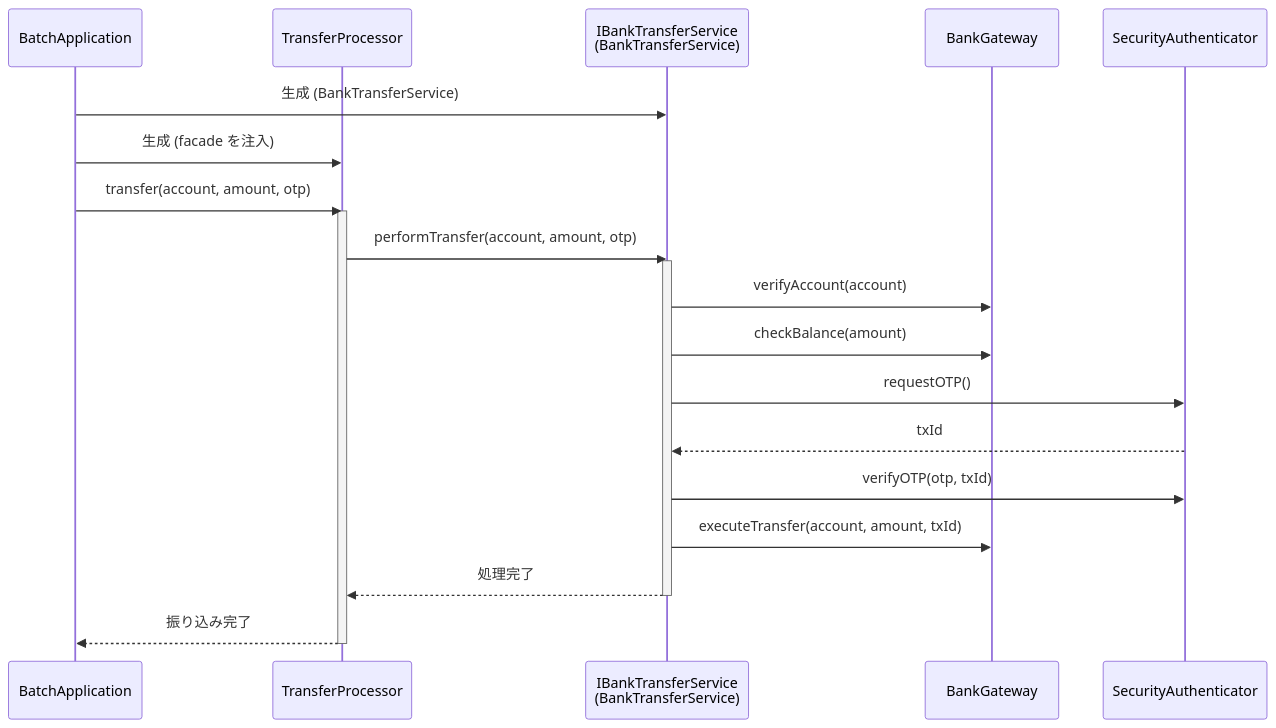
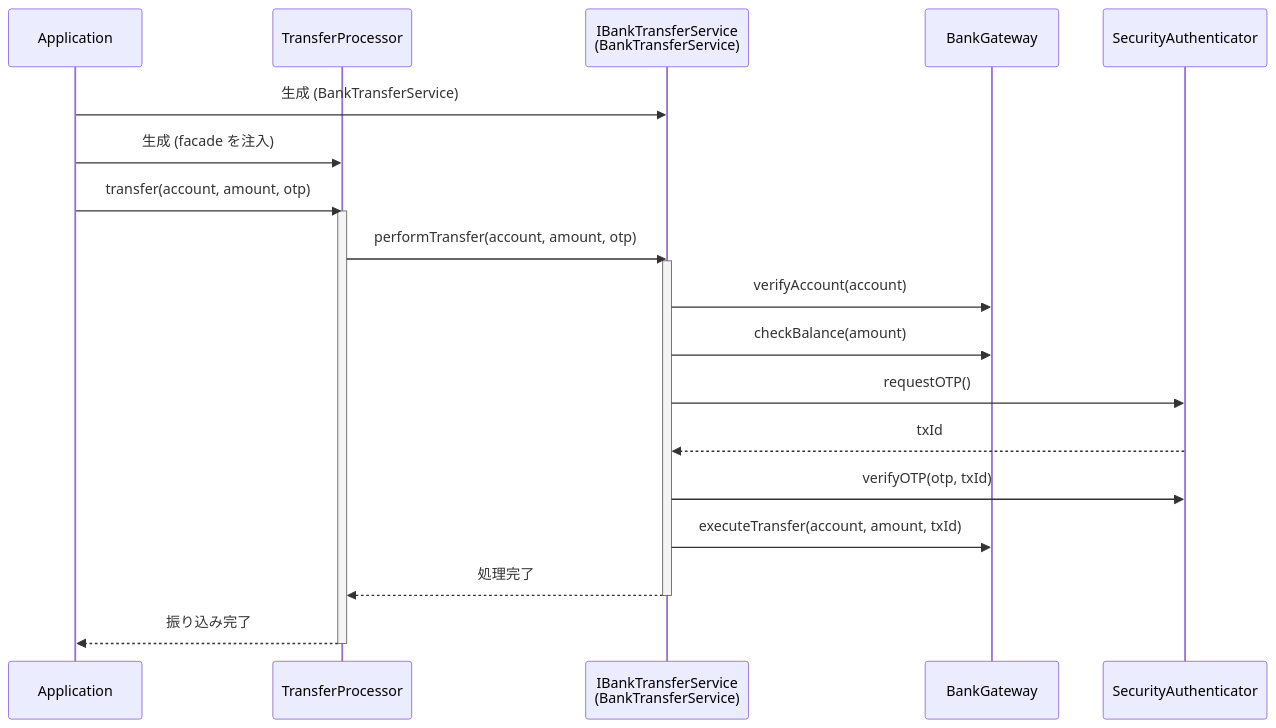
The third of 5 diagrams in kindle/design-patterns/output/chapter02.md (kumachan1101-pixel/DesignPattern), drawn with Mermaid before and after one commit. The commit also changed other lines of this file and 4 other files, not shown here.

````diff
--- a/kindle/design-patterns/output/chapter02.md
+++ b/kindle/design-patterns/output/chapter02.md
@@ -1038,25 +996,25 @@
 ```mermaid
 sequenceDiagram
-    participant B as BatchApplication
+    participant App as Application
     participant T as TransferProcessor
     participant F as IBankTransferService<br/>(BankTransferService)
     participant G as BankGateway
     participant A as SecurityAuthenticator
 
-    B->>F: 生成 (BankTransferService)
-    B->>T: 生成 (facade を注入)
-    B->>T: transfer(account, amount, otp)
+    App->>F: 生成 (BankTransferService)
+    App->>T: 生成 (facade を注入)
+    App->>T: transfer(account, amount, otp)
     activate T
     T->>F: performTransfer(account, amount, otp)
     activate F
     F->>G: verifyAccount(account)
     F->>G: checkBalance(amount)
     F->>A: requestOTP()
     A-->>F: txId
     F->>A: verifyOTP(otp, txId)
     F->>G: executeTransfer(account, amount, txId)
     F-->>T: 処理完了
     deactivate F
-    T-->>B: 振り込み完了
+    T-->>App: 振り込み完了
     deactivate T
 ```
````
